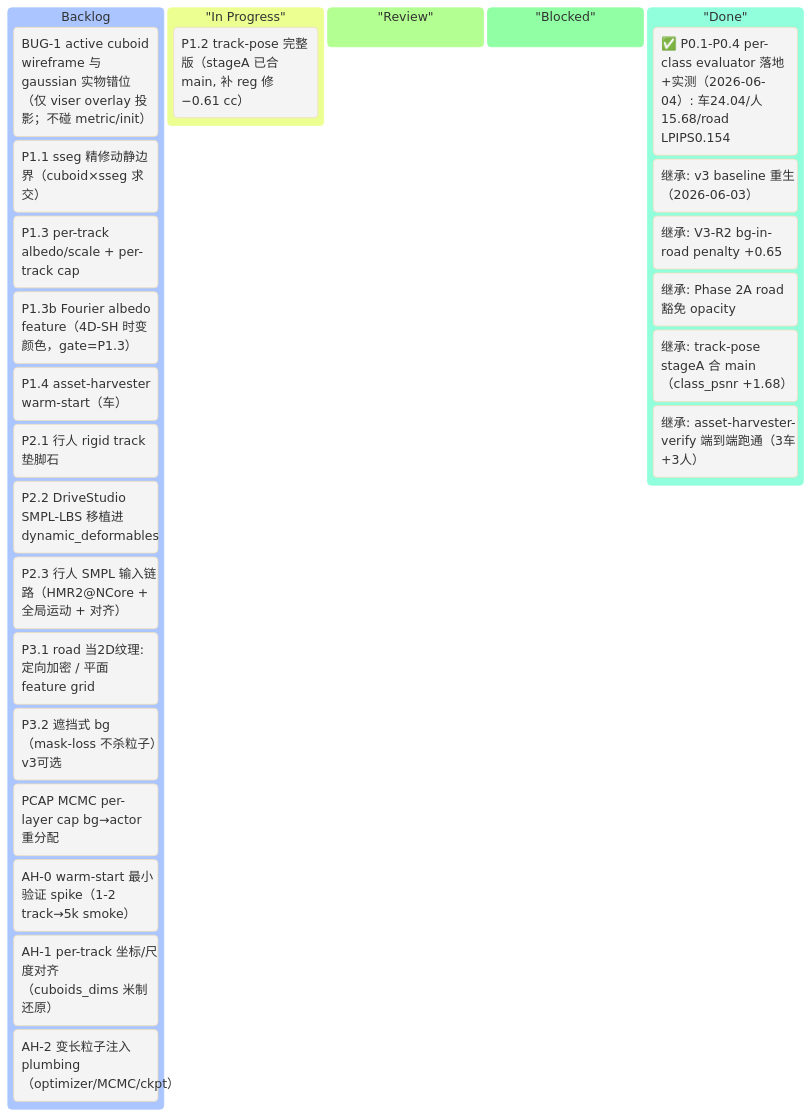
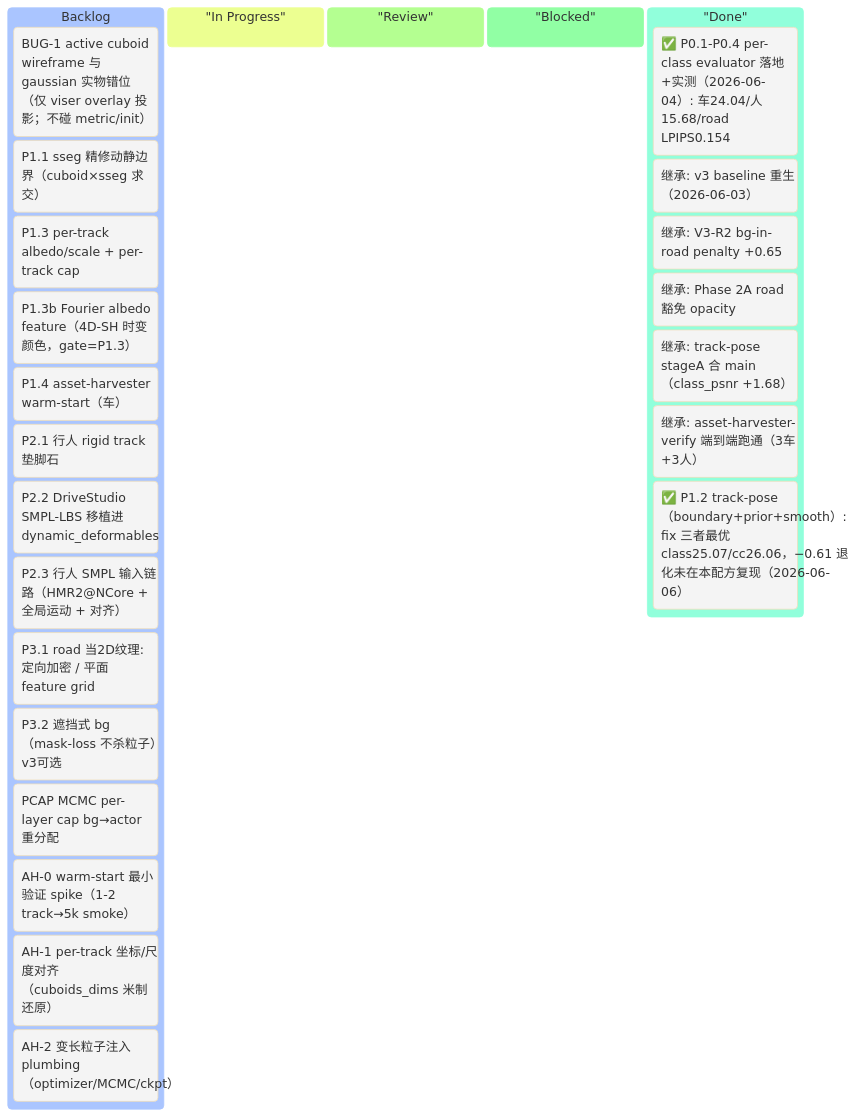
One commit to etendue/3dgrut changed the first of 2 diagrams in v3_plan_revised.md. Above: the diagram before and after it, drawn with Mermaid. The commit also changed other lines of this file and 8 other files, not shown here.

First line of the commit message:
feat(P1.2): track-pose boundary anchor + pose prior

````diff
--- a/v3_plan_revised.md
+++ b/v3_plan_revised.md
@@ -67,34 +67,34 @@
 ```mermaid
 %%{init: {'theme':'base'}}%%
 kanban
     Backlog
         [BUG-1 active cuboid wireframe 与 gaussian 实物错位（仅 viser overlay 投影；不碰 metric/init）]
         [P1.1 sseg 精修动静边界（cuboid×sseg 求交）]
         [P1.3 per-track albedo/scale + per-track cap]
         [P1.3b Fourier albedo feature（4D-SH 时变颜色，gate=P1.3）]
         [P1.4 asset-harvester warm-start（车）]
         [P2.1 行人 rigid track 垫脚石]
         [P2.2 DriveStudio SMPL-LBS 移植进 dynamic_deformables]
         [P2.3 行人 SMPL 输入链路（HMR2@NCore + 全局运动 + 对齐）]
         [P3.1 road 当2D纹理: 定向加密 / 平面 feature grid]
         [P3.2 遮挡式 bg（mask-loss 不杀粒子）v3可选]
         [PCAP MCMC per-layer cap bg→actor 重分配]
         [AH-0 warm-start 最小验证 spike（1-2 track→5k smoke）]
         [AH-1 per-track 坐标/尺度对齐（cuboids_dims 米制还原）]
         [AH-2 变长粒子注入 plumbing（optimizer/MCMC/ckpt）]
 
     "In Progress"
-        [P1.2 track-pose 完整版（stageA 已合 main, 补 reg 修 −0.61 cc）]
 
     "Review"
 
     "Blocked"
 
     "Done"
         [✅ P0.1-P0.4 per-class evaluator 落地+实测（2026-06-04）: 车24.04/人15.68/road LPIPS0.154]
         [继承: v3 baseline 重生（2026-06-03）]
         [继承: V3-R2 bg-in-road penalty +0.65]
         [继承: Phase 2A road 豁免 opacity]
         [继承: track-pose stageA 合 main（class_psnr +1.68）]
         [继承: asset-harvester-verify 端到端跑通（3车+3人）]
+        [✅ P1.2 track-pose（boundary+prior+smooth）: fix 三者最优 class25.07/cc26.06，−0.61 退化未在本配方复现（2026-06-06）]
 ```
````
